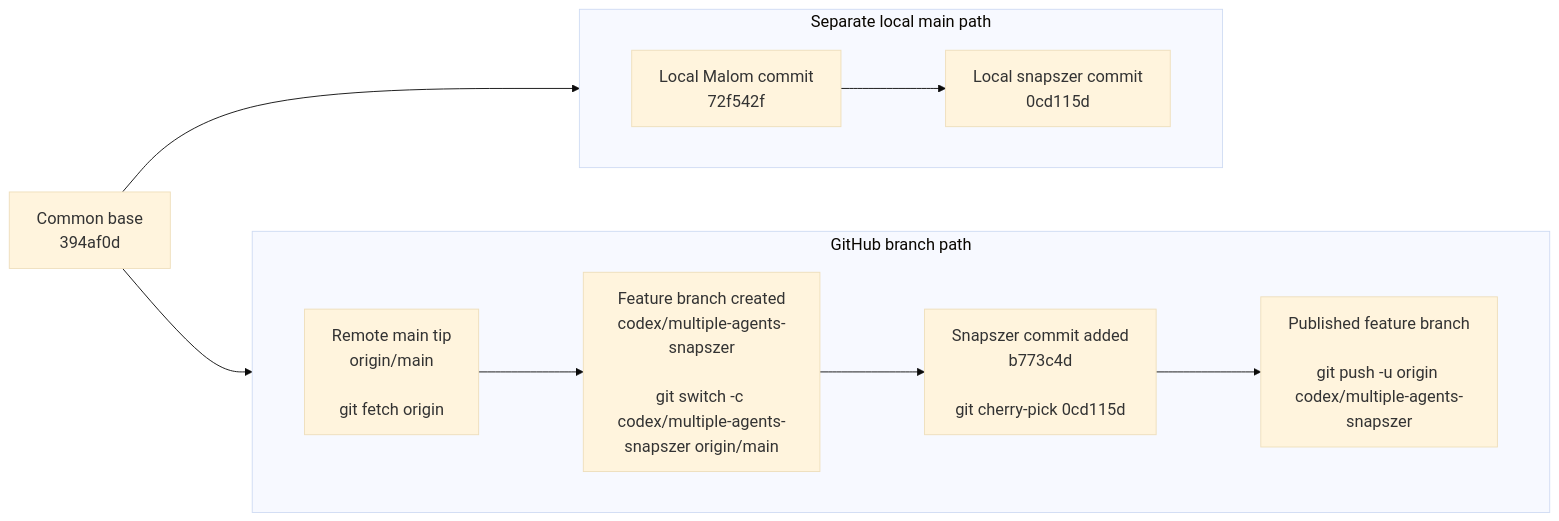
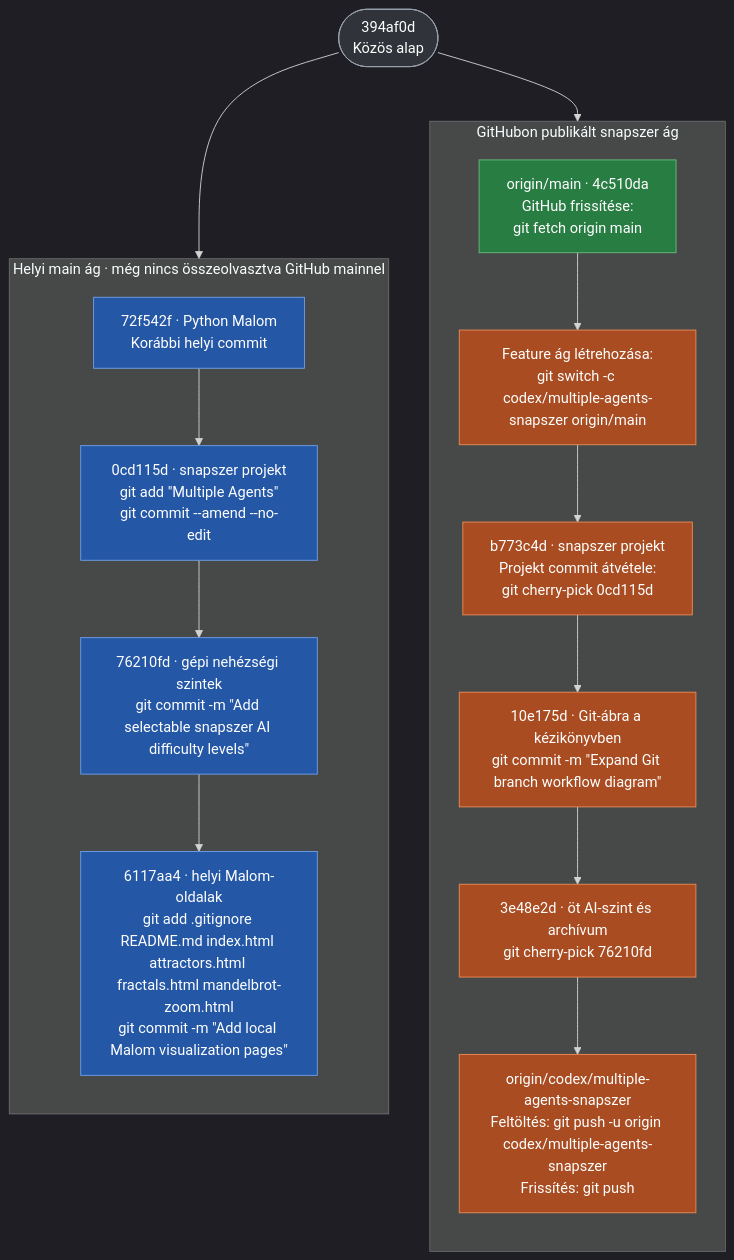
One commit to vibalenator-eng/malom changed the third of 3 diagrams in Multiple Agents/ARCHITECTURE_AND_USER_MANUAL.md. Above: the diagram before and after it, drawn with Mermaid. The commit also changed other lines of this file, not shown here.

Commit message:
Document detailed Git branch workflow

````diff
--- a/Multiple Agents/ARCHITECTURE_AND_USER_MANUAL.md
+++ b/Multiple Agents/ARCHITECTURE_AND_USER_MANUAL.md
@@ -206,24 +195,37 @@
 ```mermaid
-%%{init: {"theme":"base", "themeVariables":{"fontSize":"18px"}, "flowchart":{"nodeSpacing":70,"rankSpacing":90}}}%%
-flowchart LR
-  base["Common base<br/>394af0d"]
+%%{init: {"theme":"dark", "themeVariables":{"fontSize":"16px"}, "flowchart":{"nodeSpacing":45,"rankSpacing":60}}}%%
+flowchart TB
+  base(["394af0d<br/>Közös alap"])
 
-  subgraph remote["GitHub branch path"]
-    direction LR
-    fetch["Remote main tip<br/>origin/main<br/><br/>git fetch origin"]
-    feature["Feature branch created<br/>codex/multiple-agents-snapszer<br/><br/>git switch -c codex/multiple-agents-snapszer origin/main"]
-    cherry["Snapszer commit added<br/>b773c4d<br/><br/>git cherry-pick 0cd115d"]
-    pushed["Published feature branch<br/><br/>git push -u origin codex/multiple-agents-snapszer"]
-    fetch --> feature --> cherry --> pushed
+  subgraph remote["GitHubon publikált snapszer ág"]
+    direction TB
+    remoteMain["origin/main · 4c510da<br/>GitHub frissítése:<br/>git fetch origin main"]
+    createFeature["Feature ág létrehozása:<br/>git switch -c codex/multiple-agents-snapszer origin/main"]
+    firstGame["b773c4d · snapszer projekt<br/>Projekt commit átvétele:<br/>git cherry-pick 0cd115d"]
+    gitManual["10e175d · Git-ábra a kézikönyvben<br/>git commit -m &quot;Expand Git branch workflow diagram&quot;"]
+    fiveLevels["3e48e2d · öt AI-szint és archívum<br/>git cherry-pick 76210fd"]
+    published["origin/codex/multiple-agents-snapszer<br/>Feltöltés: git push -u origin codex/multiple-agents-snapszer<br/>Frissítés: git push"]
+    remoteMain --> createFeature --> firstGame --> gitManual --> fiveLevels --> published
   end
 
-  subgraph local["Separate local main path"]
-    direction LR
-    malom["Local Malom commit<br/>72f542f"]
-    snapszer["Local snapszer commit<br/>0cd115d"]
-    malom --> snapszer
+  subgraph local["Helyi main ág · még nincs összeolvasztva GitHub mainnel"]
+    direction TB
+    malom["72f542f · Python Malom<br/>Korábbi helyi commit"]
+    gameLocal["0cd115d · snapszer projekt<br/>git add &quot;Multiple Agents&quot;<br/>git commit --amend --no-edit"]
+    aiLocal["76210fd · gépi nehézségi szintek<br/>git commit -m &quot;Add selectable snapszer AI difficulty levels&quot;"]
+    vizLocal["6117aa4 · helyi Malom-oldalak<br/>git add .gitignore README.md index.html attractors.html fractals.html mandelbrot-zoom.html<br/>git commit -m &quot;Add local Malom visualization pages&quot;"]
+    malom --> gameLocal --> aiLocal --> vizLocal
   end
 
-  base --> fetch
+  base --> remoteMain
   base --> malom
+
+  classDef baseBranch fill:#30343a,stroke:#9aa3ad,color:#fff
+  classDef localBranch fill:#2457a6,stroke:#6f9fe8,color:#fff
+  classDef remoteBranch fill:#287d43,stroke:#68ba79,color:#fff
+  classDef featureBranch fill:#a94c21,stroke:#ec8a55,color:#fff
+  class base baseBranch
+  class remoteMain remoteBranch
+  class malom,gameLocal,aiLocal,vizLocal localBranch
+  class createFeature,firstGame,gitManual,fiveLevels,published featureBranch
 ```
````
